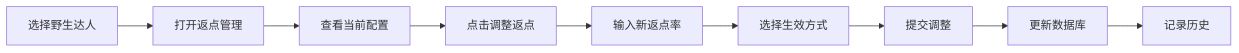
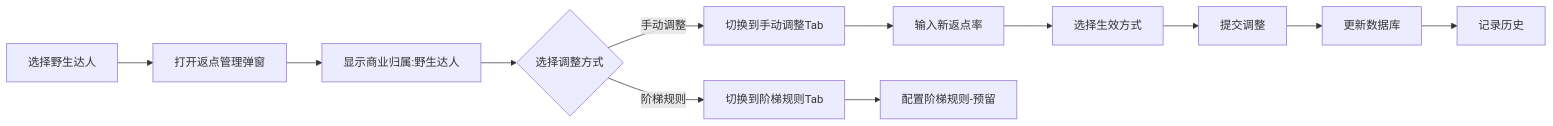
Before and after one commit to zyg0000000/my-product-frontend: the first of 2 diagrams in REBATE_DEVELOPMENT_PLAN.md, drawn with Mermaid. The commit also changed other lines of this file and 1 other file, not shown here.

````diff
--- a/REBATE_DEVELOPMENT_PLAN.md
+++ b/REBATE_DEVELOPMENT_PLAN.md
@@ -170,11 +352,14 @@
 ```mermaid
 graph LR
-    A[选择野生达人] --> B[打开返点管理]
-    B --> C[查看当前配置]
-    C --> D[点击调整返点]
-    D --> E[输入新返点率]
-    E --> F[选择生效方式]
-    F --> G[提交调整]
-    G --> H[更新数据库]
-    H --> I[记录历史]
+    A[选择野生达人] --> B[打开返点管理弹窗]
+    B --> C[显示商业归属:野生达人]
+    C --> D{选择调整方式}
+    D -->|手动调整| E[切换到手动调整Tab]
+    D -->|阶梯规则| F[切换到阶梯规则Tab]
+    E --> G[输入新返点率]
+    F --> H[配置阶梯规则-预留]
+    G --> I[选择生效方式]
+    I --> J[提交调整]
+    J --> K[更新数据库]
+    K --> L[记录历史]
 ```
````
